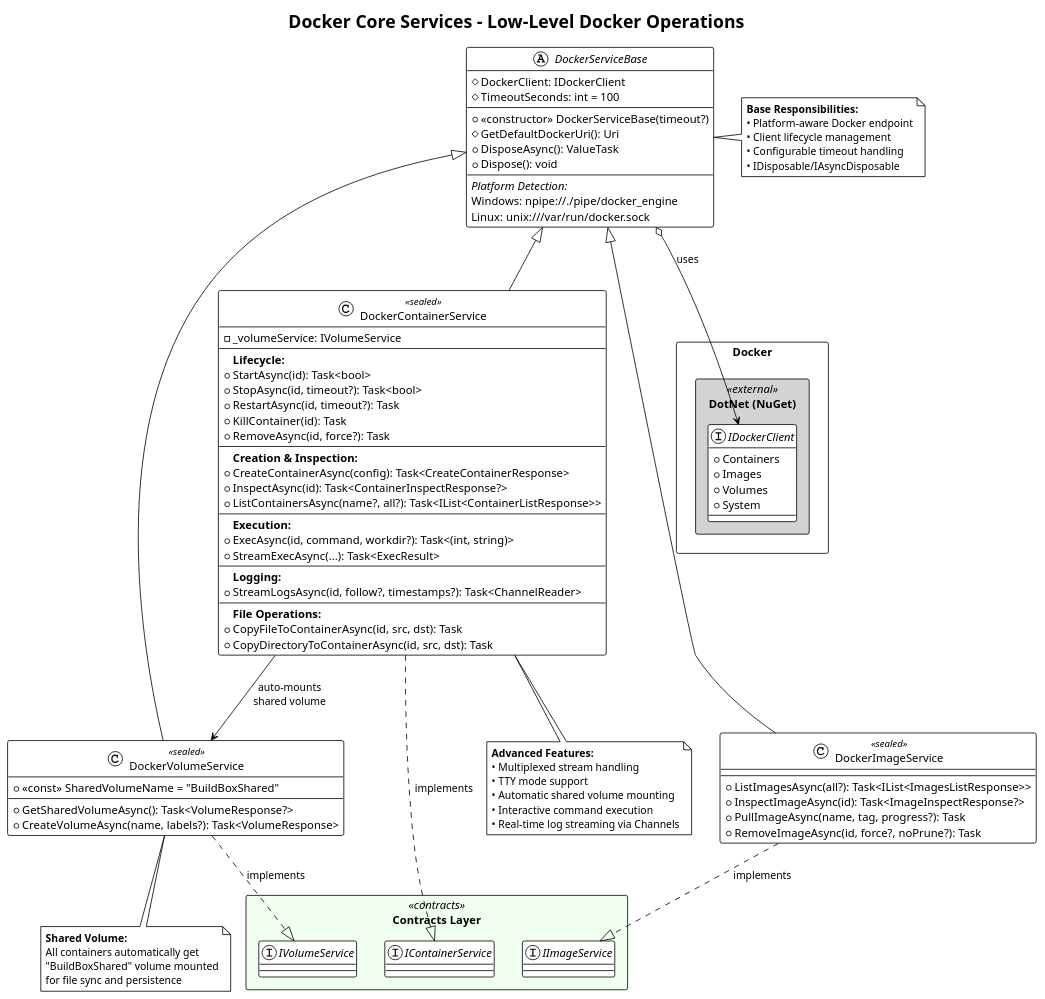
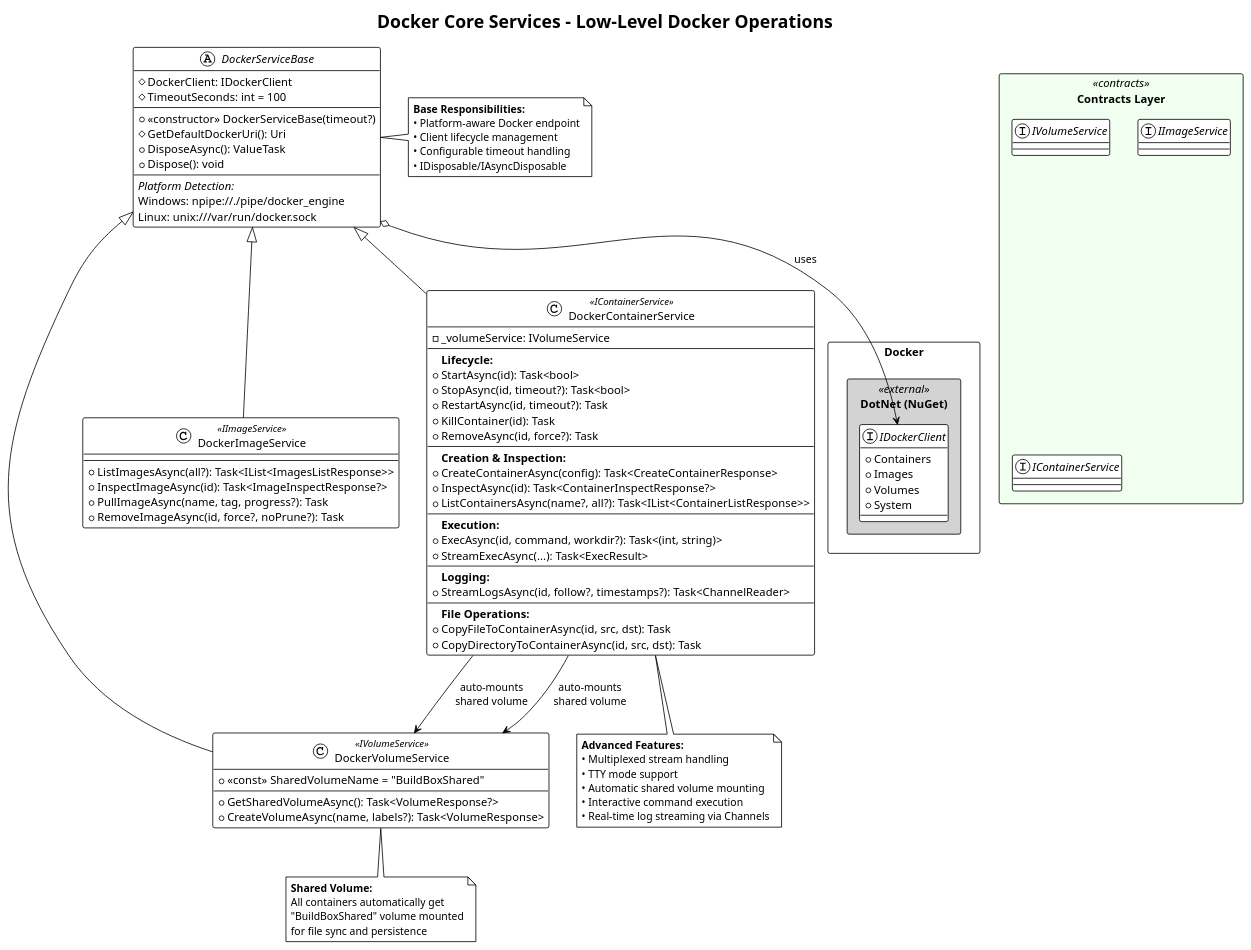
Before and after one commit to ReflexLevel0/DockerBuildboxSystem: the diagram in docs/Docker-Core-Services.wsd, drawn with PlantUML. The commit also changed 7 other files, not shown here.

```diff
--- a/docs/Docker-Core-Services.wsd
+++ b/docs/Docker-Core-Services.wsd
@@ -1,132 +1,131 @@
 @startuml Docker Core Services
 !theme plain
 skinparam componentStyle rectangle
 skinparam packageStyle rectangle
 
 title Docker Core Services - Low-Level Docker Operations
 
 ' ====================================================================
 ' EXTERNAL DEPENDENCY
 ' ====================================================================
 package "Docker.DotNet (NuGet)" <<external>> #LightGray {
     interface IDockerClient {
         + Containers
         + Images
         + Volumes
         + System
     }
 }
 
 ' ====================================================================
 ' BASE ABSTRACTION
 ' ====================================================================
 abstract class DockerServiceBase {
     # DockerClient: IDockerClient
     # TimeoutSeconds: int = 100
     --
     + <<constructor>> DockerServiceBase(timeout?)
     # GetDefaultDockerUri(): Uri
     + DisposeAsync(): ValueTask
     + Dispose(): void
     --
     <i>Platform Detection:</i>
     Windows: npipe://./pipe/docker_engine
     Linux: unix:///var/run/docker.sock
 }
 
 DockerServiceBase o--> IDockerClient : uses
 
 ' ====================================================================
 ' CORE SERVICES
 ' ====================================================================
 
-class DockerVolumeService <<sealed>> {
+class DockerVolumeService <<IVolumeService>> {
     + <<const>> SharedVolumeName = "BuildBoxShared"
     --
     + GetSharedVolumeAsync(): Task<VolumeResponse?>
     + CreateVolumeAsync(name, labels?): Task<VolumeResponse>
 }
 
-class DockerImageService <<sealed>> {
+class DockerImageService <<IImageService>> {
     + ListImagesAsync(all?): Task<IList<ImagesListResponse>>
     + InspectImageAsync(id): Task<ImageInspectResponse?>
     + PullImageAsync(name, tag, progress?): Task
     + RemoveImageAsync(id, force?, noPrune?): Task
 }
 
-class DockerContainerService <<sealed>> {
+class DockerContainerService <<IContainerService>> {
     - _volumeService: IVolumeService
     --
     <b>Lifecycle:</b>
     + StartAsync(id): Task<bool>
     + StopAsync(id, timeout?): Task<bool>
     + RestartAsync(id, timeout?): Task
     + KillContainer(id): Task
     + RemoveAsync(id, force?): Task
     --
     <b>Creation & Inspection:</b>
     + CreateContainerAsync(config): Task<CreateContainerResponse>
     + InspectAsync(id): Task<ContainerInspectResponse?>
     + ListContainersAsync(name?, all?): Task<IList<ContainerListResponse>>
     --
     <b>Execution:</b>
     + ExecAsync(id, command, workdir?): Task<(int, string)>
     + StreamExecAsync(...): Task<ExecResult>
     --
     <b>Logging:</b>
     + StreamLogsAsync(id, follow?, timestamps?): Task<ChannelReader>
     --
     <b>File Operations:</b>
     + CopyFileToContainerAsync(id, src, dst): Task
     + CopyDirectoryToContainerAsync(id, src, dst): Task
 }
 
 ' Inheritance
 DockerServiceBase <|-- DockerVolumeService
 DockerServiceBase <|-- DockerImageService
 DockerServiceBase <|-- DockerContainerService
 
 ' Dependencies
 DockerContainerService --> DockerVolumeService : auto-mounts\nshared volume
 
 ' ====================================================================
 ' INTERFACE CONTRACTS
 ' ====================================================================
 package "Contracts Layer" <<contracts>> #Honeydew {
     interface IVolumeService
     interface IImageService
     interface IContainerService
 }
 
-DockerVolumeService ..|> IVolumeService : implements
-DockerImageService ..|> IImageService : implements
-DockerContainerService ..|> IContainerService : implements
+' Dependencies
+DockerContainerService --> DockerVolumeService : auto-mounts\nshared volume
 
 ' ====================================================================
 ' NOTES
 ' ====================================================================
 note right of DockerServiceBase
     <b>Base Responsibilities:</b>
     • Platform-aware Docker endpoint
     • Client lifecycle management
     • Configurable timeout handling
     • IDisposable/IAsyncDisposable
 end note
 
 note bottom of DockerContainerService
     <b>Advanced Features:</b>
     • Multiplexed stream handling
     • TTY mode support
     • Automatic shared volume mounting
     • Interactive command execution
     • Real-time log streaming via Channels
 end note
 
 note bottom of DockerVolumeService
     <b>Shared Volume:</b>
     All containers automatically get
     "BuildBoxShared" volume mounted
     for file sync and persistence
 end note
 
 @enduml
```
